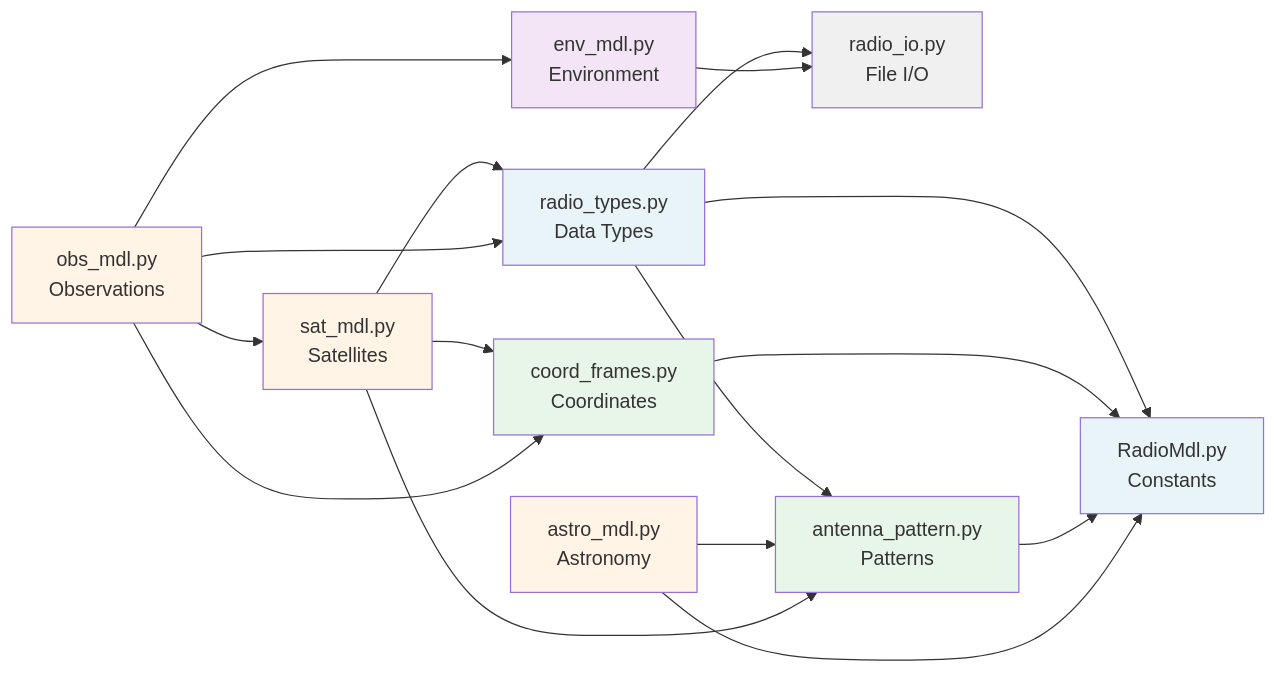
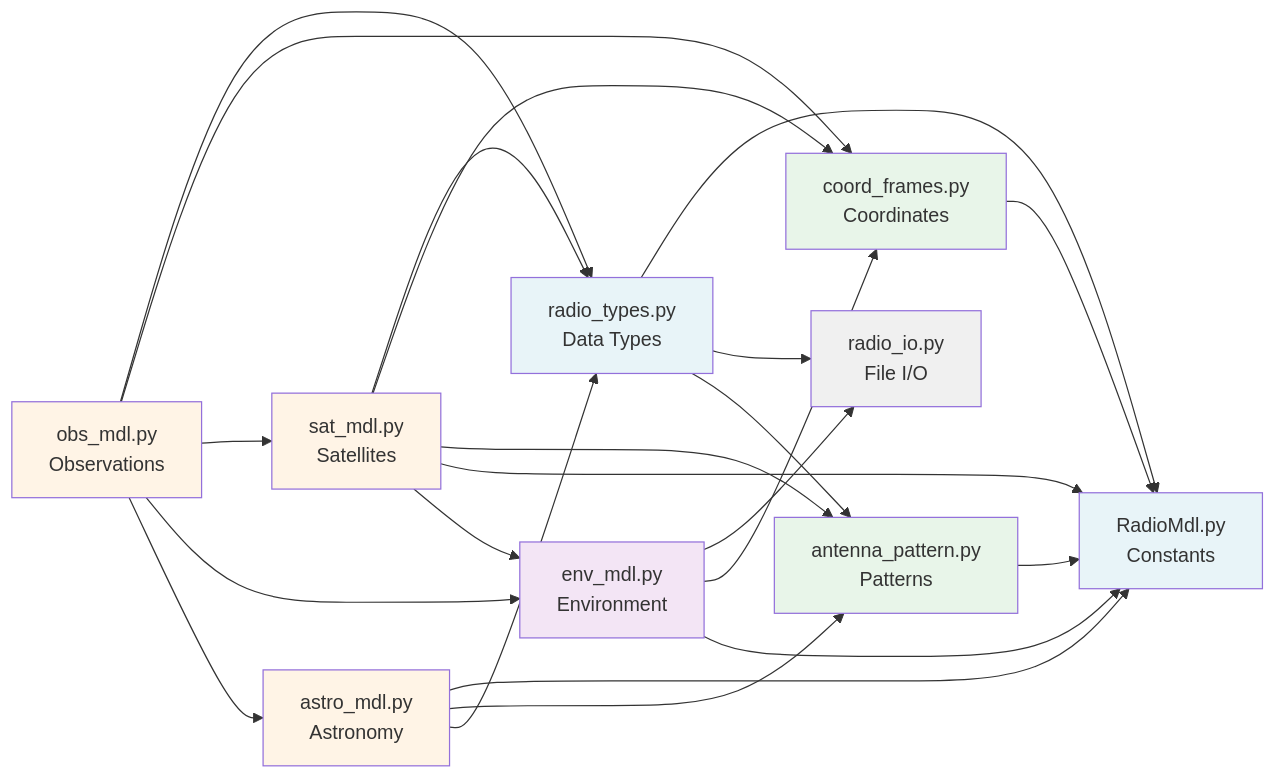
Before and after one commit to spectrumx/RSC-SIM: the third of 7 diagrams in Documentation/ARCHITECTURE_MERMAID.md, drawn with Mermaid. The commit also changed other lines of this file, not shown here.

````diff
--- a/Documentation/ARCHITECTURE_MERMAID.md
+++ b/Documentation/ARCHITECTURE_MERMAID.md
@@ -92,49 +94,55 @@
 ```mermaid
 graph LR
     %% Core
     RadioMdl[RadioMdl.py<br/>Constants]
     radio_io[radio_io.py<br/>File I/O]
     radio_types[radio_types.py<br/>Data Types]
     
     %% Utility
     coord_frames[coord_frames.py<br/>Coordinates]
     antenna_pattern[antenna_pattern.py<br/>Patterns]
     
     %% Modeling
     astro_mdl[astro_mdl.py<br/>Astronomy]
     sat_mdl[sat_mdl.py<br/>Satellites]
     env_mdl[env_mdl.py<br/>Environment]
     obs_mdl[obs_mdl.py<br/>Observations]
     
     %% Dependencies
     radio_types --> RadioMdl
     radio_types --> radio_io
     radio_types --> antenna_pattern
     
     coord_frames --> RadioMdl
     antenna_pattern --> RadioMdl
     
     astro_mdl --> RadioMdl
     astro_mdl --> antenna_pattern
+    astro_mdl --> radio_types
     
     sat_mdl --> radio_types
     sat_mdl --> coord_frames
     sat_mdl --> antenna_pattern
+    sat_mdl --> RadioMdl
+    sat_mdl --> env_mdl
     
     env_mdl --> radio_io
+    env_mdl --> coord_frames
+    env_mdl --> RadioMdl
     
     obs_mdl --> radio_types
     obs_mdl --> coord_frames
     obs_mdl --> sat_mdl
     obs_mdl --> env_mdl
+    obs_mdl --> astro_mdl
     
     style RadioMdl fill:#E8F4F8
     style radio_io fill:#F0F0F0
     style radio_types fill:#E8F4F8
     style coord_frames fill:#E8F5E9
     style antenna_pattern fill:#E8F5E9
     style astro_mdl fill:#FFF4E6
     style sat_mdl fill:#FFF4E6
     style env_mdl fill:#F3E5F5
     style obs_mdl fill:#FFF4E6
 ```
````
